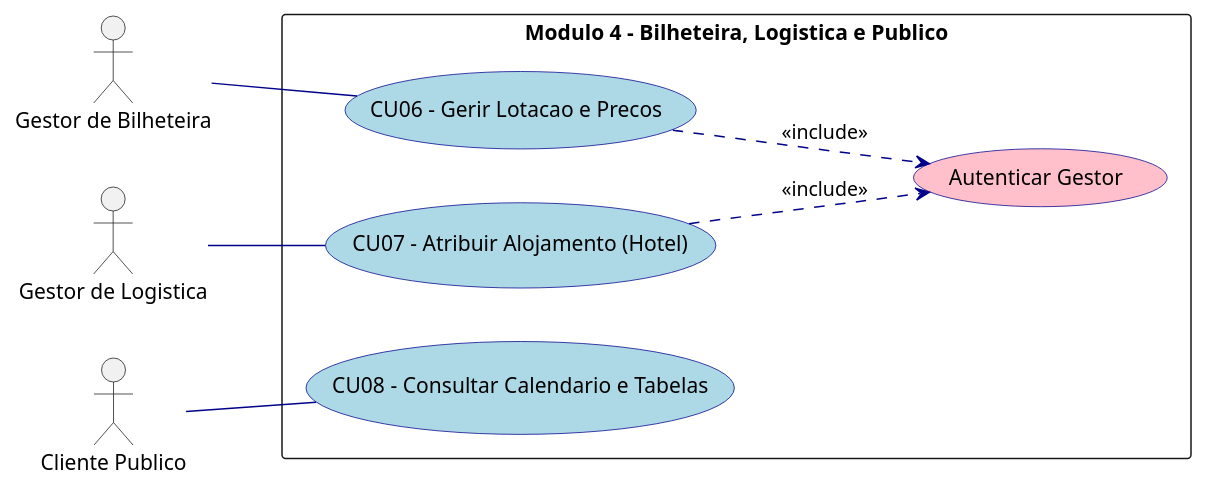
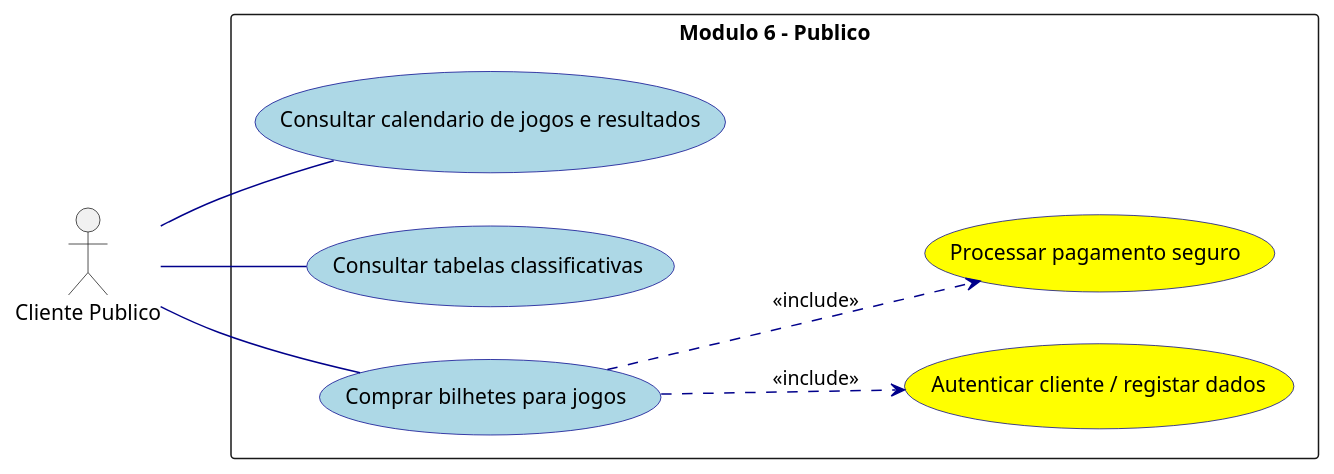
Before and after one commit to experimentos373-creator/ES: diagram 12 of 12 in DIAGRAMA_CASOS_USO.md, drawn with PlantUML. The commit also changed other lines of this file and 1 other file, not shown here.

Commit message:
docs(iconix): integrar modulo de Logistica e finalizar arquitetura de 6 modulos independentes com 100% de fidelidade

````diff
--- a/DIAGRAMA_CASOS_USO.md
+++ b/DIAGRAMA_CASOS_USO.md
@@ -221,29 +470,28 @@
 ```plantuml
 @startuml
 left to right direction
 skinparam packageStyle rectangle
 skinparam usecase {
   BackgroundColor LightBlue
   BorderColor DarkBlue
   ArrowColor DarkBlue
 }
 
-actor "Gestor de Bilheteira" as GBilh
-actor "Gestor de Logistica" as GLog
 actor "Cliente Publico" as Pub
 
-rectangle "Modulo 4 - Bilheteira, Logistica e Publico" {
-  usecase "Autenticar Gestor" as Login #Pink
-  usecase "CU06 - Gerir Lotacao e Precos" as CU06
-  usecase "CU07 - Atribuir Alojamento (Hotel)" as CU07
-  usecase "CU08 - Consultar Calendario e Tabelas" as CU08
+rectangle "Modulo 6 - Publico" {
+  usecase "Consultar calendario de jogos e resultados" as CU21
+  usecase "Consultar tabelas classificativas" as CU22
+  usecase "Comprar bilhetes para jogos" as CU23
+  usecase "Autenticar cliente / registar dados" as CU23_sub1 #Yellow
+  usecase "Processar pagamento seguro" as CU23_sub2 #Yellow
 }
 
-GBilh -- CU06
-GLog -- CU07
-Pub -- CU08
+Pub -- CU21
+Pub -- CU22
+Pub -- CU23
 
-CU06 ..> Login : <<include>>
-CU07 ..> Login : <<include>>
+CU23 ..> CU23_sub1 : <<include>>
+CU23 ..> CU23_sub2 : <<include>>
 @enduml
 ```
````
